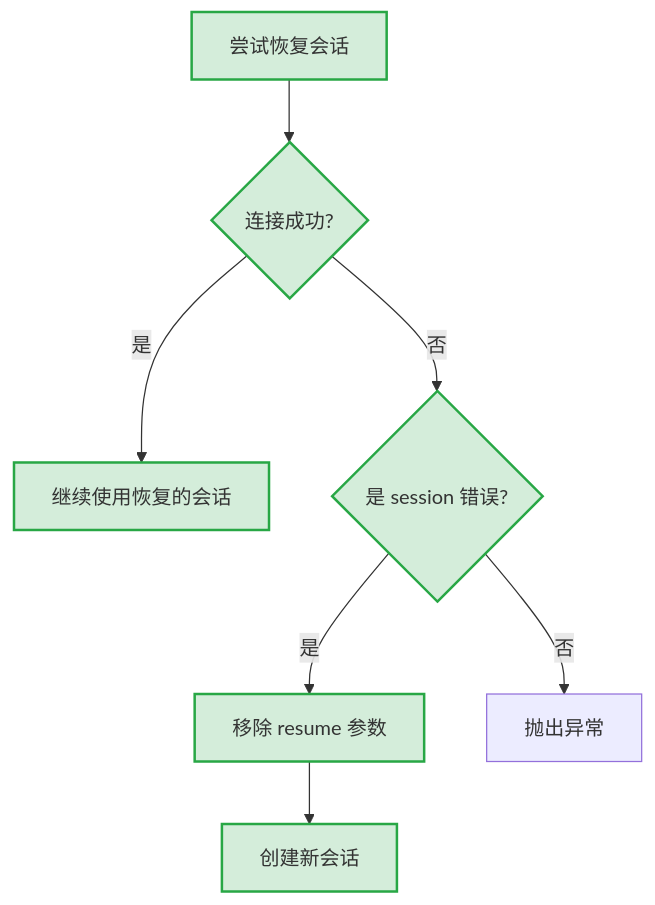
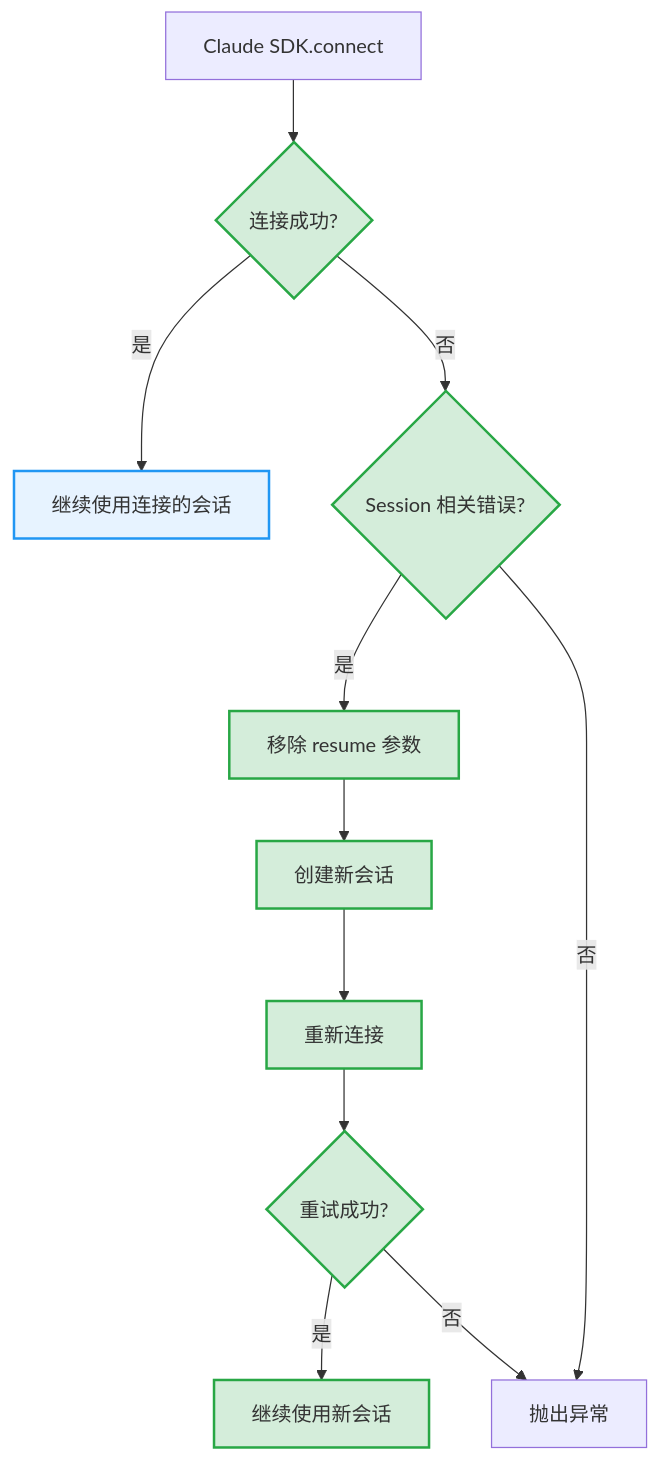
The ninth of 9 diagrams in docs/zh/features/task-restore.md (wecode-ai/Wegent), drawn with Mermaid before and after one commit. The commit also changed other lines of this file and 6 other files, not shown here.

````diff
--- a/docs/zh/features/task-restore.md
+++ b/docs/zh/features/task-restore.md
@@ -208,11 +432,16 @@
 ```mermaid
 flowchart TB
-    A[尝试恢复会话]:::new --> B{连接成功?}:::new
-    B -->|是| C[继续使用恢复的会话]:::new
-    B -->|否| D{是 session 错误?}:::new
+    A[Claude SDK.connect] --> B{连接成功?}:::new
+    B -->|是| C[继续使用连接的会话]:::existing
+    B -->|否| D{Session 相关错误?}:::new
     D -->|是| E[移除 resume 参数]:::new
-    E --> F[创建新会话]:::new
-    D -->|否| G[抛出异常]
+    D -->|否| F[抛出异常]
+    E --> G[创建新会话]:::new
+    G --> H[重新连接]:::new
+    H --> I{重试成功?}:::new
+    I -->|是| J[继续使用新会话]:::new
+    I -->|否| F
 
+    classDef existing fill:#e7f3ff,stroke:#2196f3,stroke-width:2px
     classDef new fill:#d4edda,stroke:#28a745,stroke-width:2px
 ```
````
